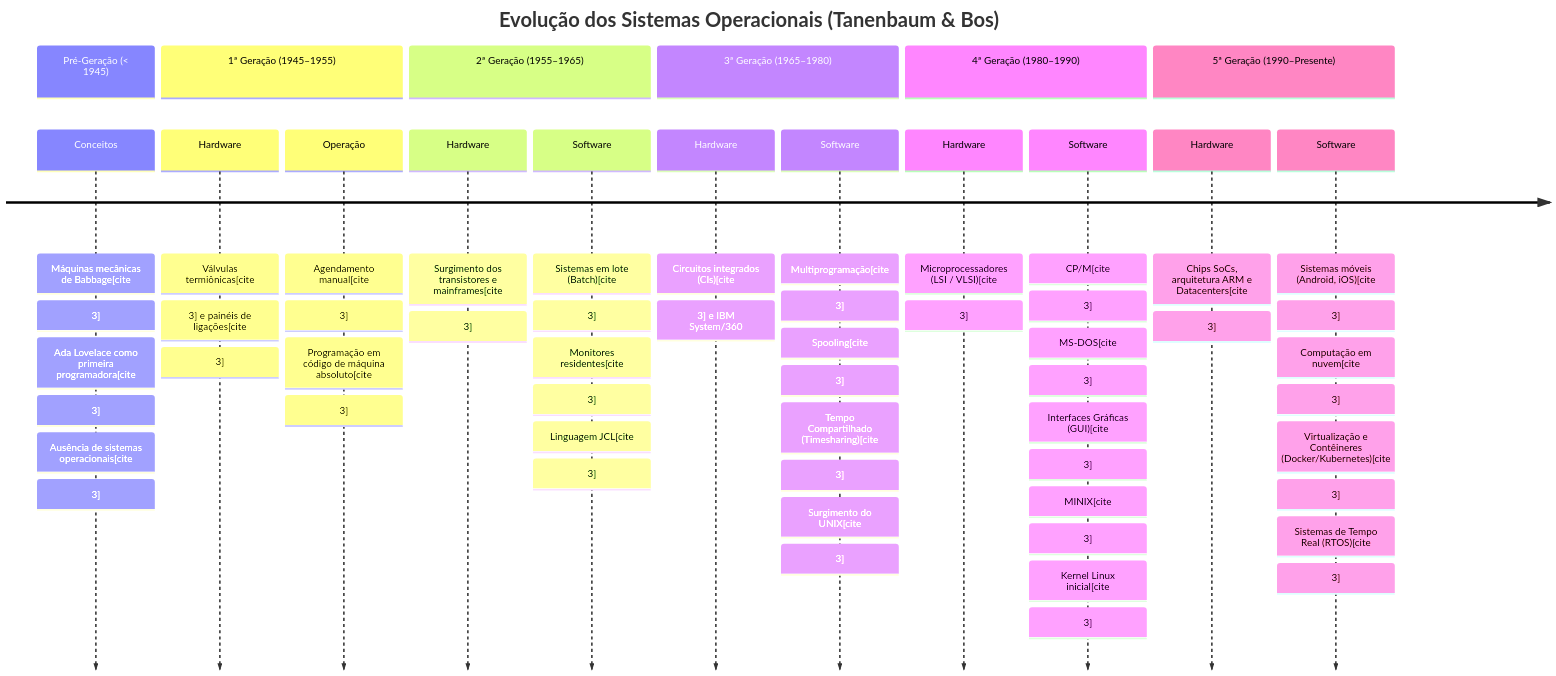
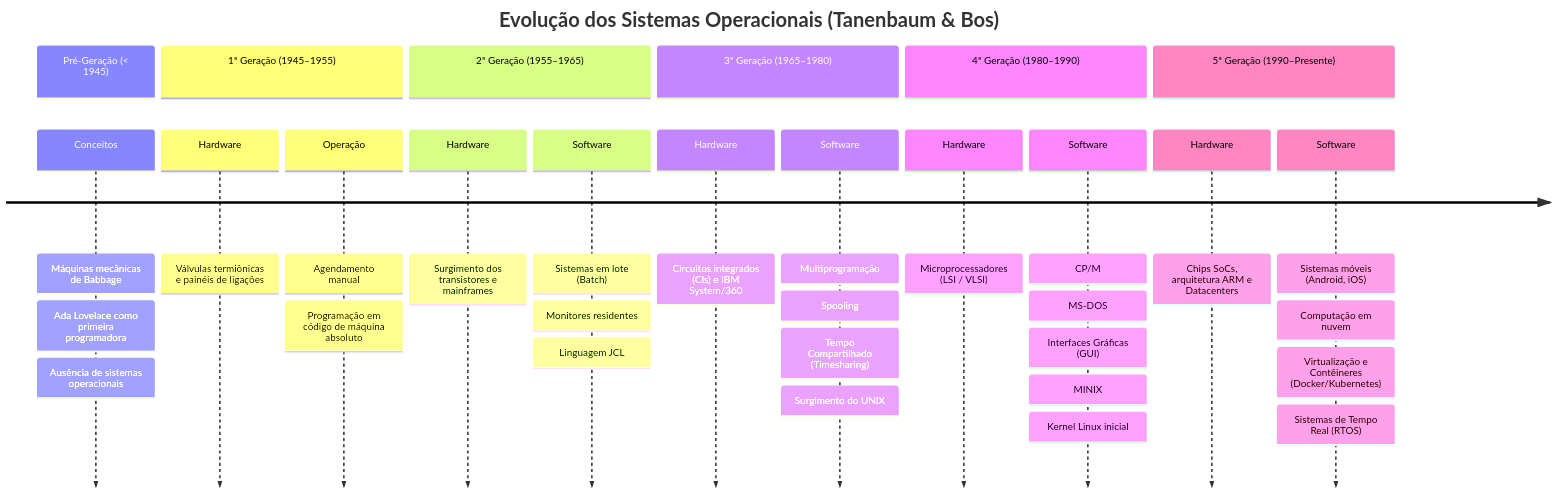
One commit to MizzieWiller/Sistemas-Operacionais changed the diagram in Aula2/aula2.md. Above: the diagram before and after it, drawn with Mermaid. The commit also changed other lines of this file, not shown here.

````diff
--- a/Aula2/aula2.md
+++ b/Aula2/aula2.md
@@ -509,21 +509,21 @@
 ```mermaid
 timeline
     title Evolução dos Sistemas Operacionais (Tanenbaum & Bos)
     section Pré-Geração (< 1945)
-        Conceitos : Máquinas mecânicas de Babbage[cite: 3] : Ada Lovelace como primeira programadora[cite: 3] : Ausência de sistemas operacionais[cite: 3]
+        Conceitos : Máquinas mecânicas de Babbage : Ada Lovelace como primeira programadora : Ausência de sistemas operacionais
     section 1ª Geração (1945–1955)
-        Hardware : Válvulas termiônicas[cite: 3] e painéis de ligações[cite: 3]
-        Operação : Agendamento manual[cite: 3] : Programação em código de máquina absoluto[cite: 3]
+        Hardware : Válvulas termiônicas e painéis de ligações
+        Operação : Agendamento manual : Programação em código de máquina absoluto
     section 2ª Geração (1955–1965)
-        Hardware : Surgimento dos transistores e mainframes[cite: 3]
-        Software : Sistemas em lote (Batch)[cite: 3] : Monitores residentes[cite: 3] : Linguagem JCL[cite: 3]
+        Hardware : Surgimento dos transistores e mainframes
+        Software : Sistemas em lote (Batch) : Monitores residentes : Linguagem JCL
     section 3ª Geração (1965–1980)
-        Hardware : Circuitos integrados (CIs)[cite: 3] e IBM System/360
-        Software : Multiprogramação[cite: 3] : Spooling[cite: 3] : Tempo Compartilhado (Timesharing)[cite: 3] : Surgimento do UNIX[cite: 3]
+        Hardware : Circuitos integrados (CIs) e IBM System/360
+        Software : Multiprogramação : Spooling : Tempo Compartilhado (Timesharing) : Surgimento do UNIX
     section 4ª Geração (1980–1990)
-        Hardware : Microprocessadores (LSI / VLSI)[cite: 3]
-        Software : CP/M[cite: 3] : MS-DOS[cite: 3] : Interfaces Gráficas (GUI)[cite: 3] : MINIX[cite: 3] : Kernel Linux inicial[cite: 3]
+        Hardware : Microprocessadores (LSI / VLSI)
+        Software : CP/M : MS-DOS : Interfaces Gráficas (GUI) : MINIX : Kernel Linux inicial
     section 5ª Geração (1990–Presente)
-        Hardware : Chips SoCs, arquitetura ARM e Datacenters[cite: 3]
-        Software : Sistemas móveis (Android, iOS)[cite: 3] : Computação em nuvem[cite: 3] : Virtualização e Contêineres (Docker/Kubernetes)[cite: 3] : Sistemas de Tempo Real (RTOS)[cite: 3]
+        Hardware : Chips SoCs, arquitetura ARM e Datacenters
+        Software : Sistemas móveis (Android, iOS) : Computação em nuvem : Virtualização e Contêineres (Docker/Kubernetes) : Sistemas de Tempo Real (RTOS)
 ```
````
